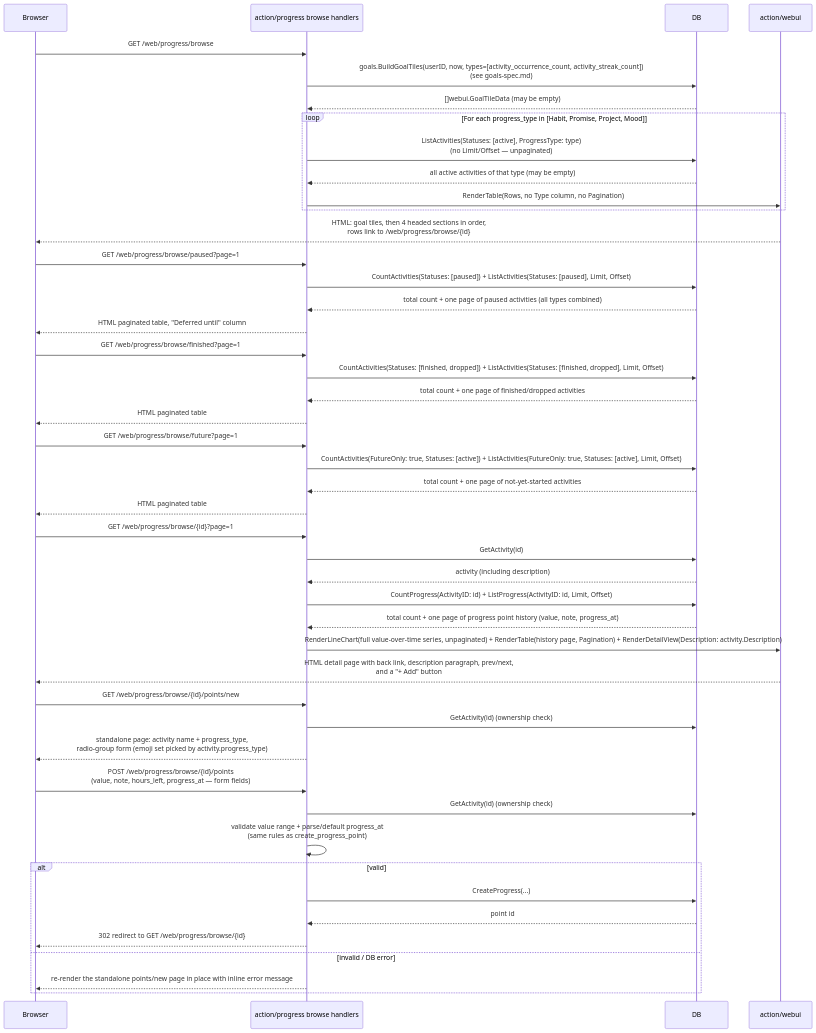
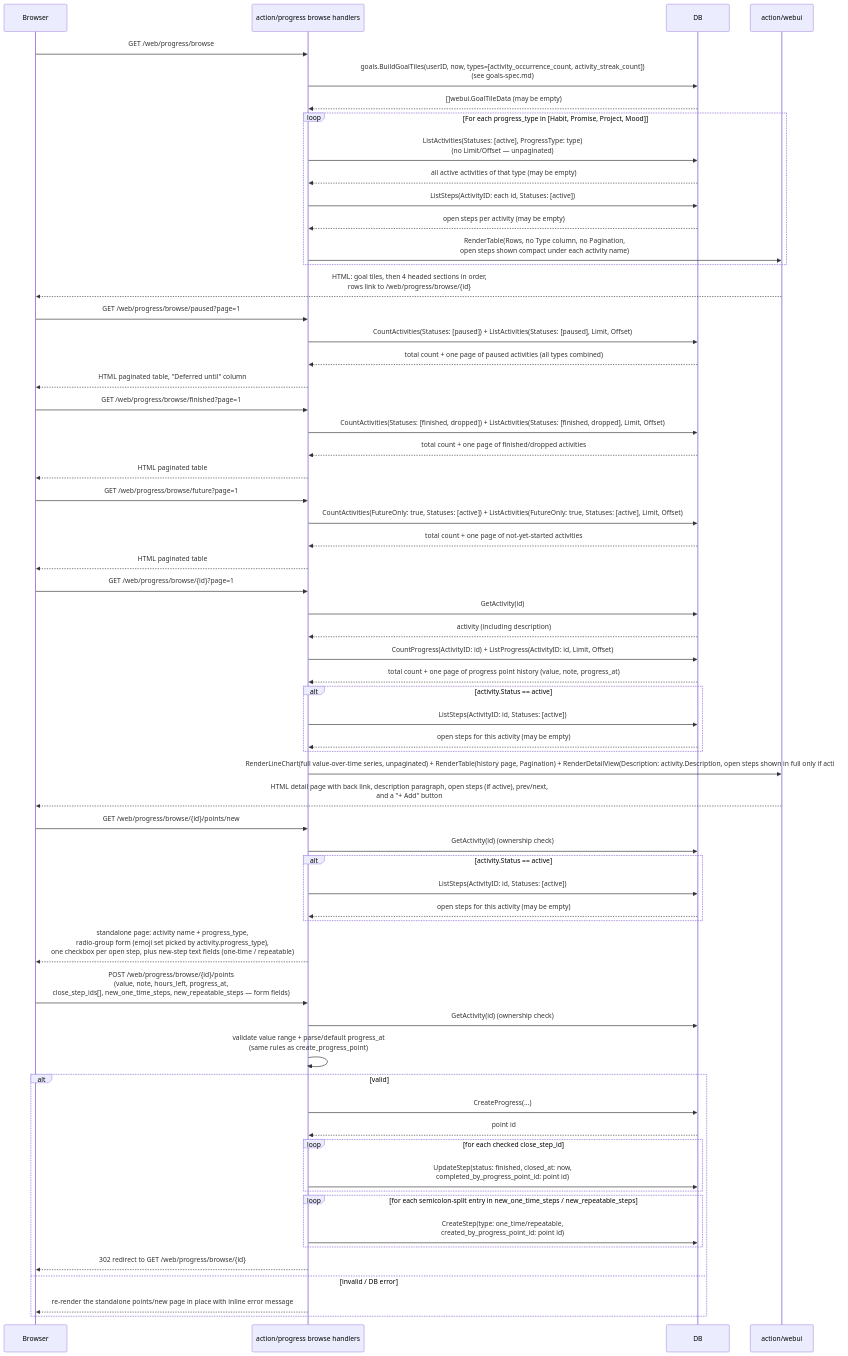
Before and after one commit to rusinikita/personal: the fourth of 4 diagrams in docs/functions/progress-spec.md, drawn with Mermaid. The commit also changed other lines of this file and 15 other files, not shown here.

First line of the commit message:
feat(progress): add Steps — next-action tasks tied to an activity

````diff
--- a/docs/functions/progress-spec.md
+++ b/docs/functions/progress-spec.md
@@ -144,55 +174,71 @@
 ```mermaid
 sequenceDiagram
     participant Browser
     participant Handler as action/progress browse handlers
     participant DB
     participant Webui as action/webui
 
     Browser->>Handler: GET /web/progress/browse
     Handler->>DB: goals.BuildGoalTiles(userID, now, types=[activity_occurrence_count, activity_streak_count])<br/>(see goals-spec.md)
     DB-->>Handler: []webui.GoalTileData (may be empty)
     loop For each progress_type in [Habit, Promise, Project, Mood]
         Handler->>DB: ListActivities(Statuses: [active], ProgressType: type)<br/>(no Limit/Offset — unpaginated)
         DB-->>Handler: all active activities of that type (may be empty)
-        Handler->>Webui: RenderTable(Rows, no Type column, no Pagination)
+        Handler->>DB: ListSteps(ActivityID: each id, Statuses: [active])
+        DB-->>Handler: open steps per activity (may be empty)
+        Handler->>Webui: RenderTable(Rows, no Type column, no Pagination,<br/>open steps shown compact under each activity name)
     end
     Webui-->>Browser: HTML: goal tiles, then 4 headed sections in order,<br/>rows link to /web/progress/browse/{id}
 
     Browser->>Handler: GET /web/progress/browse/paused?page=1
     Handler->>DB: CountActivities(Statuses: [paused]) + ListActivities(Statuses: [paused], Limit, Offset)
     DB-->>Handler: total count + one page of paused activities (all types combined)
     Handler-->>Browser: HTML paginated table, "Deferred until" column
 
     Browser->>Handler: GET /web/progress/browse/finished?page=1
     Handler->>DB: CountActivities(Statuses: [finished, dropped]) + ListActivities(Statuses: [finished, dropped], Limit, Offset)
     DB-->>Handler: total count + one page of finished/dropped activities
     Handler-->>Browser: HTML paginated table
 
     Browser->>Handler: GET /web/progress/browse/future?page=1
     Handler->>DB: CountActivities(FutureOnly: true, Statuses: [active]) + ListActivities(FutureOnly: true, Statuses: [active], Limit, Offset)
     DB-->>Handler: total count + one page of not-yet-started activities
     Handler-->>Browser: HTML paginated table
 
     Browser->>Handler: GET /web/progress/browse/{id}?page=1
     Handler->>DB: GetActivity(id)
     DB-->>Handler: activity (including description)
     Handler->>DB: CountProgress(ActivityID: id) + ListProgress(ActivityID: id, Limit, Offset)
     DB-->>Handler: total count + one page of progress point history (value, note, progress_at)
-    Handler->>Webui: RenderLineChart(full value-over-time series, unpaginated) + RenderTable(history page, Pagination) + RenderDetailView(Description: activity.Description)
-    Webui-->>Browser: HTML detail page with back link, description paragraph, prev/next,<br/>and a "+ Add" button
+    alt activity.Status == active
+        Handler->>DB: ListSteps(ActivityID: id, Statuses: [active])
+        DB-->>Handler: open steps for this activity (may be empty)
+    end
+    Handler->>Webui: RenderLineChart(full value-over-time series, unpaginated) + RenderTable(history page, Pagination) + RenderDetailView(Description: activity.Description, open steps shown in full only if active)
+    Webui-->>Browser: HTML detail page with back link, description paragraph, open steps (if active), prev/next,<br/>and a "+ Add" button
 
     Browser->>Handler: GET /web/progress/browse/{id}/points/new
     Handler->>DB: GetActivity(id) (ownership check)
-    Handler-->>Browser: standalone page: activity name + progress_type,<br/>radio-group form (emoji set picked by activity.progress_type)
+    alt activity.Status == active
+        Handler->>DB: ListSteps(ActivityID: id, Statuses: [active])
+        DB-->>Handler: open steps for this activity (may be empty)
+    end
+    Handler-->>Browser: standalone page: activity name + progress_type,<br/>radio-group form (emoji set picked by activity.progress_type),<br/>one checkbox per open step, plus new-step text fields (one-time / repeatable)
 
-    Browser->>Handler: POST /web/progress/browse/{id}/points<br/>(value, note, hours_left, progress_at — form fields)
+    Browser->>Handler: POST /web/progress/browse/{id}/points<br/>(value, note, hours_left, progress_at,<br/>close_step_ids[], new_one_time_steps, new_repeatable_steps — form fields)
     Handler->>DB: GetActivity(id) (ownership check)
     Handler->>Handler: validate value range + parse/default progress_at<br/>(same rules as create_progress_point)
     alt valid
         Handler->>DB: CreateProgress(...)
         DB-->>Handler: point id
+        loop for each checked close_step_id
+            Handler->>DB: UpdateStep(status: finished, closed_at: now,<br/>completed_by_progress_point_id: point id)
+        end
+        loop for each semicolon-split entry in new_one_time_steps / new_repeatable_steps
+            Handler->>DB: CreateStep(type: one_time/repeatable,<br/>created_by_progress_point_id: point id)
+        end
         Handler-->>Browser: 302 redirect to GET /web/progress/browse/{id}
     else invalid / DB error
         Handler-->>Browser: re-render the standalone points/new page in place with inline error message
     end
 ```
````
